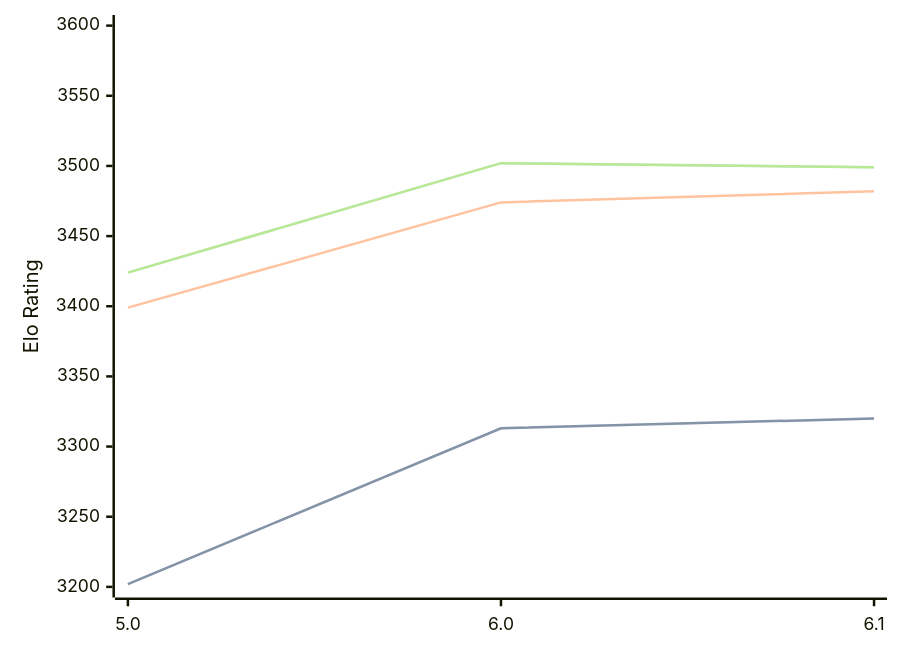
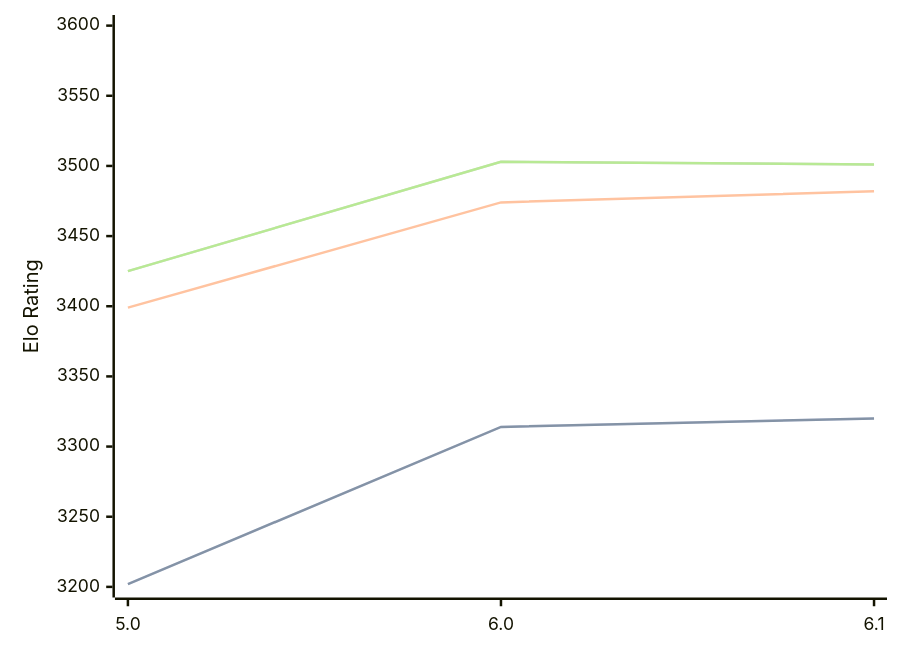
One commit to computer-chess-index/cci changed the diagram in engines/Starzix.md. Above: the diagram before and after it, drawn with Mermaid. The commit also changed other lines of this file, not shown here.

Commit message:
Update CCI Ratings (ELO VLTC) - 2026-07-31

````diff
--- a/engines/Starzix.md
+++ b/engines/Starzix.md
@@ -37,11 +37,11 @@
 ```mermaid
 %%{init: {"theme":"base","themeVariables":{"seriesColors:['#a3a3a3','#222221','#faa371']}}}%%
 xychart-beta
   x-axis ["5.0", "6.0", "6.1"]
   y-axis "Elo Rating" 3200 --> 3600
-  line "STC (8.0+0.08s)" [3202, 3313, 3320]
-  line "STC (8.0+0.08s)" [3202, 3313, 3320]
+  line "STC (8.0+0.08s)" [3202, 3314, 3320]
+  line "STC (8.0+0.08s)" [3202, 3314, 3320]
   line "LTC (60.0+0.60s)" [3399, 3474, 3482]
-  line "VLTC (2m24s+1.12s)" [3424, 3502, 3499]
-  line "VLTC (2m24s+1.12s)" [3424, 3502, 3499]
+  line "VLTC (2m24s+1.12s)" [3425, 3503, 3501]
+  line "VLTC (2m24s+1.12s)" [3425, 3503, 3501]
 ```
````
